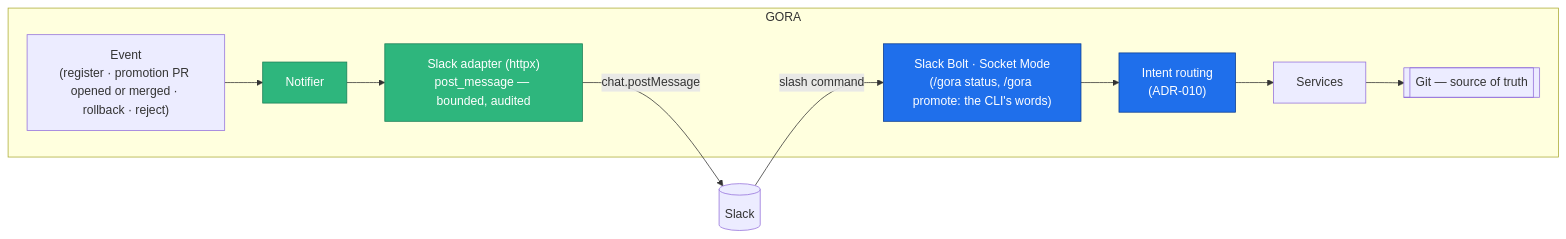
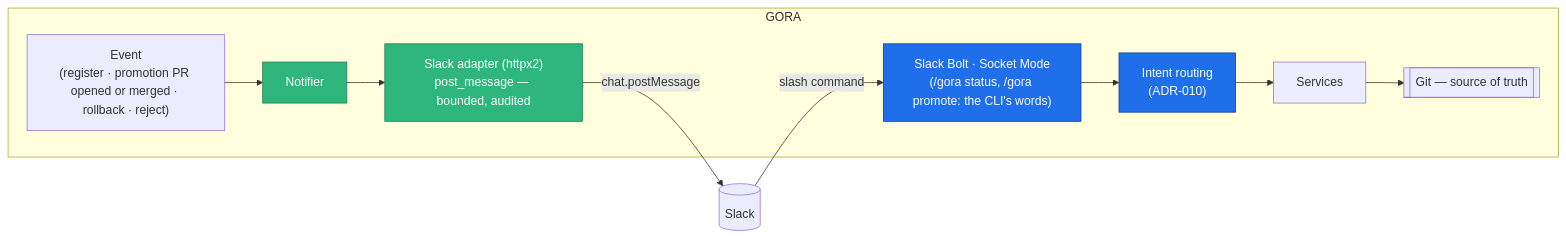
The diagram in docs/diagrams/slack-flow.mermaid (gora-tools/gora), drawn with Mermaid before and after one commit. The commit also changed 22 other files, not shown here.

```diff
--- a/docs/diagrams/slack-flow.mermaid
+++ b/docs/diagrams/slack-flow.mermaid
@@ -1,16 +1,16 @@
 flowchart LR
     subgraph GORA["GORA"]
         ev["Event<br/>(register · promotion PR opened or merged · rollback · reject)"] --> notifier["Notifier"]
-        notifier --> sa["Slack adapter (httpx)<br/>post_message — bounded, audited"]
+        notifier --> sa["Slack adapter (httpx2)<br/>post_message — bounded, audited"]
         bolt["Slack Bolt · Socket Mode<br/>(/gora status, /gora promote: the CLI's words)"] --> router["Intent routing<br/>(ADR-010)"]
         router --> services["Services"]
         services --> git[["Git — source of truth"]]
     end
 
     sa -- "chat.postMessage" --> slack[(Slack)]
     slack -- "slash command" --> bolt
 
     classDef out fill:#2eb67d,stroke:#1a7f56,color:#fff;
     classDef in fill:#1f6feb,stroke:#0b3d91,color:#fff;
     class sa,notifier out;
     class bolt,router in;
```
